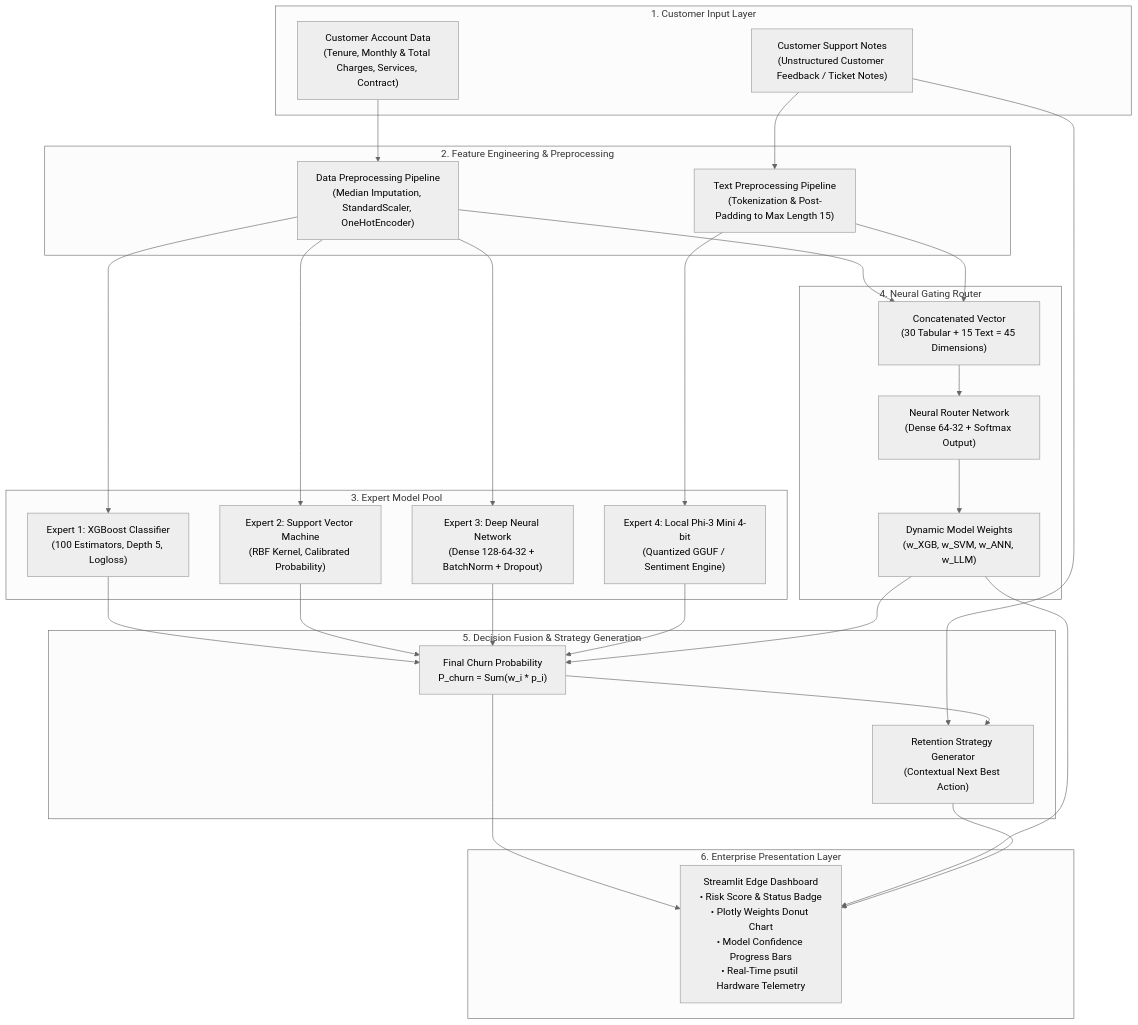
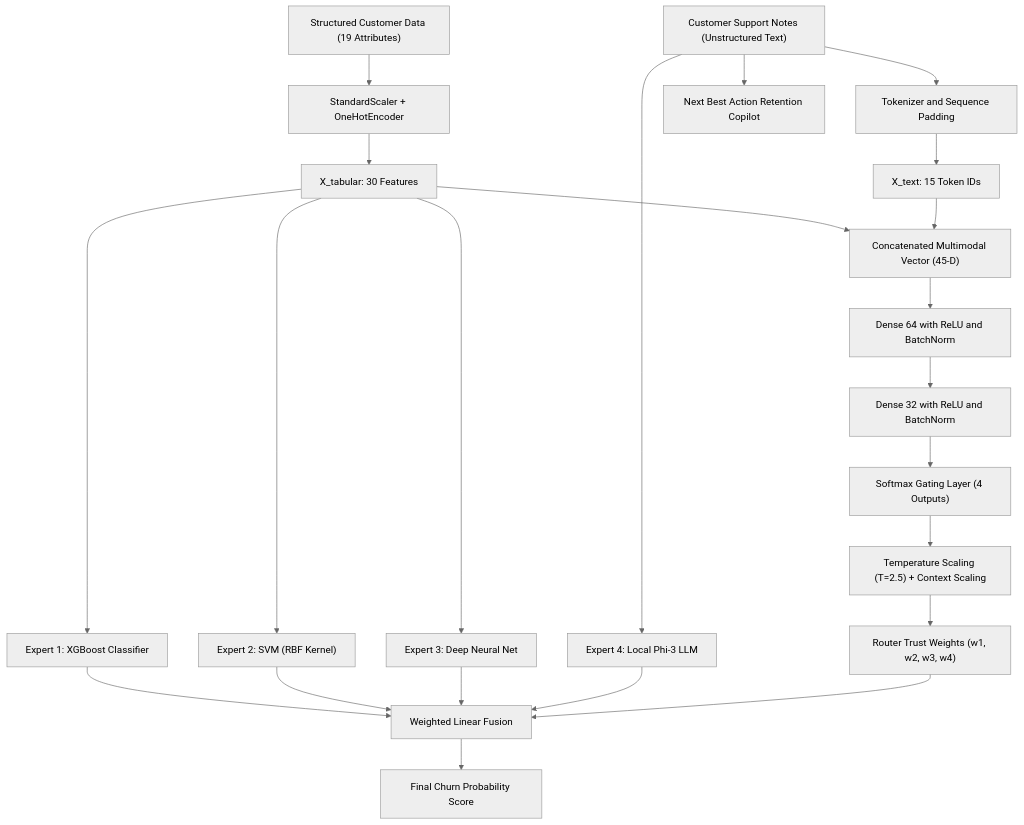
The diagram in README.md (AyushDev-io/proactive-retention-engine), drawn with Mermaid (neutral theme) before and after one commit. The commit also changed other lines of this file and 6 other files, not shown here.

````diff
--- a/README.md
+++ b/README.md
@@ -91,60 +49,31 @@
 ```mermaid
 flowchart TD
-    subgraph INPUTS["1. Customer Input Layer"]
-        CAD["Customer Account Data<br/>(Tenure, Monthly & Total Charges, Services, Contract)"]
-        CSN["Customer Support Notes<br/>(Unstructured Customer Feedback / Ticket Notes)"]
-    end
+    A1["Structured Customer Data (19 Attributes)"] --> B1["StandardScaler + OneHotEncoder"]
+    A2["Customer Support Notes (Unstructured Text)"] --> B2["Tokenizer and Sequence Padding"]
 
-    subgraph PREP["2. Feature Engineering & Preprocessing"]
-        DP["Data Preprocessing Pipeline<br/>(Median Imputation, StandardScaler, OneHotEncoder)"]
-        TP["Text Preprocessing Pipeline<br/>(Tokenization & Post-Padding to Max Length 15)"]
-    end
+    B1 --> C1["X_tabular: 30 Features"]
+    B2 --> C2["X_text: 15 Token IDs"]
 
-    subgraph EXPERTS["3. Expert Model Pool"]
-        XGB["Expert 1: XGBoost Classifier<br/>(100 Estimators, Depth 5, Logloss)"]
-        SVM["Expert 2: Support Vector Machine<br/>(RBF Kernel, Calibrated Probability)"]
-        ANN["Expert 3: Deep Neural Network<br/>(Dense 128-64-32 + BatchNorm + Dropout)"]
-        LLM["Expert 4: Local Phi-3 Mini 4-bit<br/>(Quantized GGUF / Sentiment Engine)"]
-    end
+    C1 --> D1["Concatenated Multimodal Vector (45-D)"]
+    C2 --> D1
 
-    subgraph ROUTER_BLOCK["4. Neural Gating Router"]
-        COMB["Concatenated Vector<br/>(30 Tabular + 15 Text = 45 Dimensions)"]
-        ROUTER["Neural Router Network<br/>(Dense 64-32 + Softmax Output)"]
-        WEIGHTS["Dynamic Model Weights<br/>(w_XGB, w_SVM, w_ANN, w_LLM)"]
-    end
+    D1 --> D2["Dense 64 with ReLU and BatchNorm"]
+    D2 --> D3["Dense 32 with ReLU and BatchNorm"]
+    D3 --> D4["Softmax Gating Layer (4 Outputs)"]
+    D4 --> D5["Temperature Scaling (T=2.5) + Context Scaling"]
+    D5 --> D6["Router Trust Weights (w1, w2, w3, w4)"]
 
-    subgraph AGGREGATION["5. Decision Fusion & Strategy Generation"]
-        ENSEMBLE["Final Churn Probability<br/>P_churn = Sum(w_i * p_i)"]
-        STRAT["Retention Strategy Generator<br/>(Contextual Next Best Action)"]
-    end
+    C1 --> E1["Expert 1: XGBoost Classifier"]
+    C1 --> E2["Expert 2: SVM (RBF Kernel)"]
+    C1 --> E3["Expert 3: Deep Neural Net"]
+    A2 --> E4["Expert 4: Local Phi-3 LLM"]
 
-    subgraph DASHBOARD["6. Enterprise Presentation Layer"]
-        UI["Streamlit Edge Dashboard<br/>• Risk Score & Status Badge<br/>• Plotly Weights Donut Chart<br/>• Model Confidence Progress Bars<br/>• Real-Time psutil Hardware Telemetry"]
-    end
+    E1 --> F1["Weighted Linear Fusion"]
+    E2 --> F1
+    E3 --> F1
+    E4 --> F1
+    D6 --> F1
 
-    CAD --> DP
-    CSN --> TP
-
-    DP --> XGB
-    DP --> SVM
-    DP --> ANN
-    TP --> LLM
-
-    DP --> COMB
-    TP --> COMB
-    COMB --> ROUTER
-    ROUTER --> WEIGHTS
-
-    XGB --> ENSEMBLE
-    SVM --> ENSEMBLE
-    ANN --> ENSEMBLE
-    LLM --> ENSEMBLE
-    WEIGHTS --> ENSEMBLE
-
-    CSN --> STRAT
-    ENSEMBLE --> STRAT
-
-    ENSEMBLE --> UI
-    WEIGHTS --> UI
-    STRAT --> UI
+    F1 --> F2["Final Churn Probability Score"]
+    A2 --> F3["Next Best Action Retention Copilot"]
 ```
````
